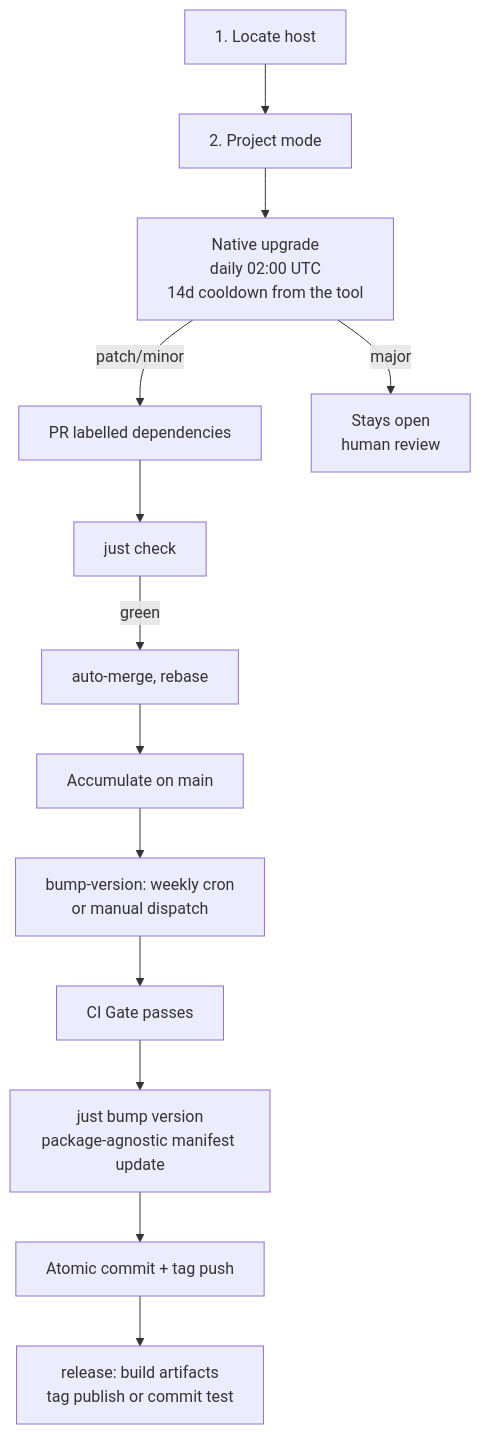
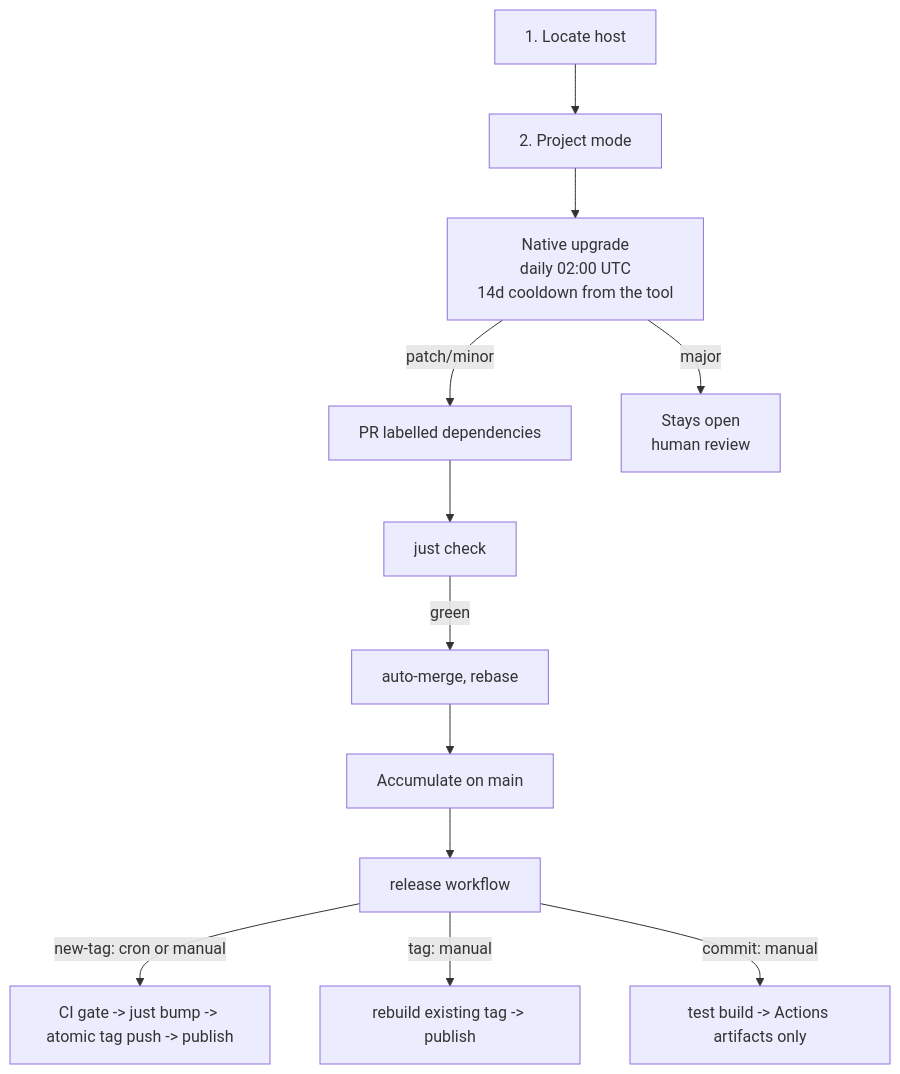
Before and after one commit to Delnegend/dotfiles: the diagram in dot_agents/skills/autonomous-upgrade/SKILL.md, drawn with Mermaid. The commit also changed other lines of this file and 3 other files, not shown here.

First line of the commit message:
refactor(skills): consolidate bump-version into 3-option release workflow

````diff
--- a/dot_agents/skills/autonomous-upgrade/SKILL.md
+++ b/dot_agents/skills/autonomous-upgrade/SKILL.md
@@ -21,15 +21,14 @@
 ```mermaid
 flowchart TD
     Z[1. Locate host] --> Y[2. Project mode]
     Y --> A[Native upgrade<br/>daily 02:00 UTC<br/>14d cooldown from the tool]
     A -->|patch/minor| B[PR labelled dependencies]
     A -->|major| C[Stays open<br/>human review]
     B --> D[just check]
     D -->|green| E[auto-merge, rebase]
     E --> F[Accumulate on main]
-    F --> G[bump-version: weekly cron<br/>or manual dispatch]
-    G --> H[CI Gate passes]
-    H --> I[just bump version<br/>package-agnostic manifest update]
-    I --> J[Atomic commit + tag push]
-    J --> K[release: build artifacts<br/>tag publish or commit test]
+    F --> G[release workflow]
+    G -->|new-tag: cron or manual| H[CI gate -> just bump -> atomic tag push -> publish]
+    G -->|tag: manual| I[rebuild existing tag -> publish]
+    G -->|commit: manual| J[test build -> Actions artifacts only]
 ```
````
